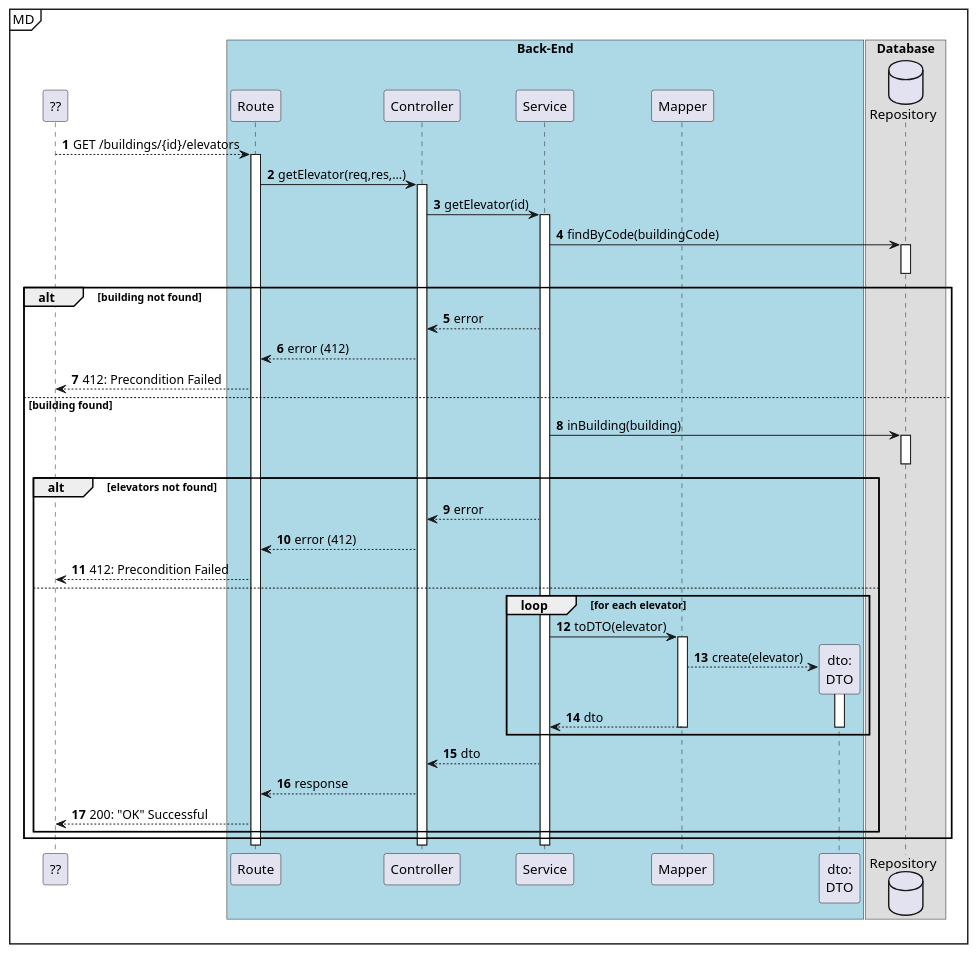
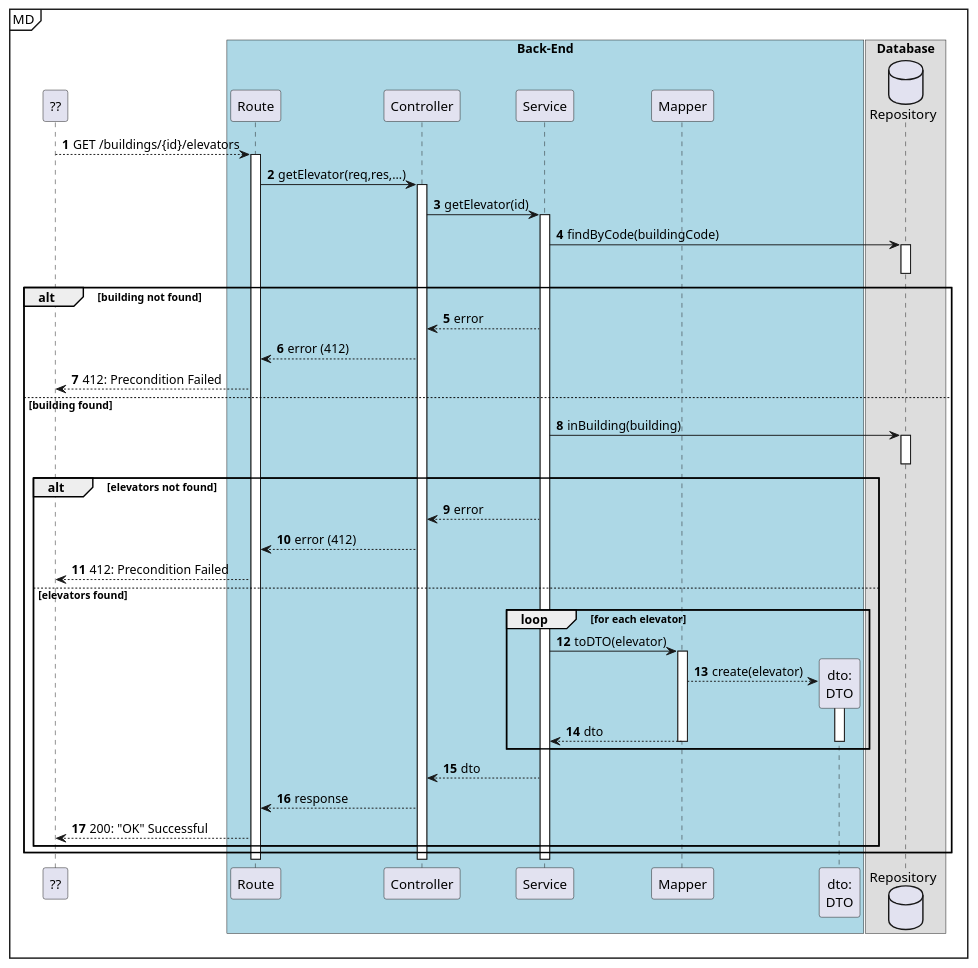
The diagram in docs/us290/level3/process-view.puml (Departamento-de-Engenharia-Informatica/lapr5-23-24-g19), drawn with PlantUML before and after one commit. The commit also changed 16 other files, not shown here.

```diff
--- a/docs/us290/level3/process-view.puml
+++ b/docs/us290/level3/process-view.puml
@@ -1,68 +1,68 @@
 @startuml
 autonumber
 
 participant "??" as ui
 
 mainframe MD
 box "Back-End" #LightBlue
 participant "Route" as r
 participant "Controller" as ctrl
 participant "Service" as svc
 
 
 participant "Mapper" as map
 participant "dto:\nDTO" as dto
 end box
 
 box "Database"
 database "Repository" as repo
 end box
 
 ui --> r: GET /buildings/{id}/elevators
     activate r
         r -> ctrl : getElevator(req,res,...)
         activate ctrl
             ctrl -> svc : getElevator(id)
             activate svc
                 svc -> repo : findByCode(buildingCode)
                 activate repo
                 deactivate repo
 
                 alt building not found
                     svc --> ctrl : error
                     ctrl --> r : error (412)
                     ui<--r : 412: Precondition Failed
                 else building found
 
                     svc -> repo: inBuilding(building)
                     activate repo
                     deactivate repo
 
                     alt elevators not found
                         svc --> ctrl : error
                         ctrl --> r : error (412)
                         ui<--r : 412: Precondition Failed
 
-                    else
+                    else elevators found
 
                         loop for each elevator
 
                                 svc -> map : toDTO(elevator)
                             activate map
                                 map --> dto** : create(elevator)
                                 activate dto
                                     map --> svc : dto
                                 deactivate dto
                             deactivate map
                         end loop
                             svc --> ctrl : dto
                             ctrl --> r : response
                             ui<-- r : 200: "OK" Successful
 
                     end
                 end
             deactivate svc
         deactivate ctrl
     deactivate r
 
 @enduml
```
